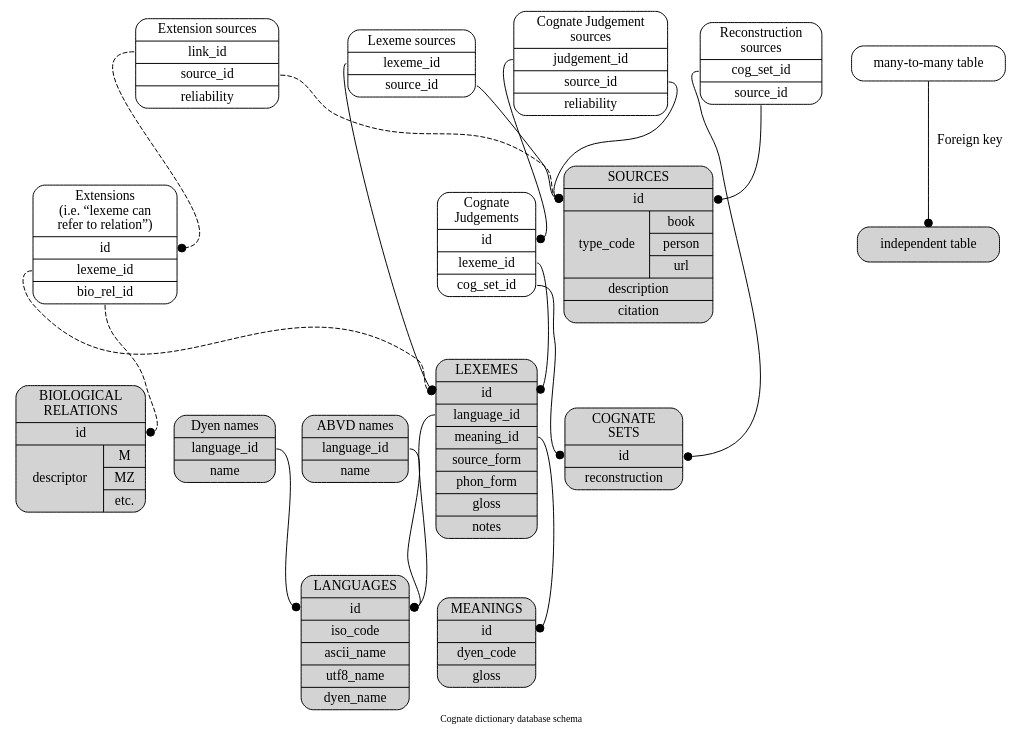
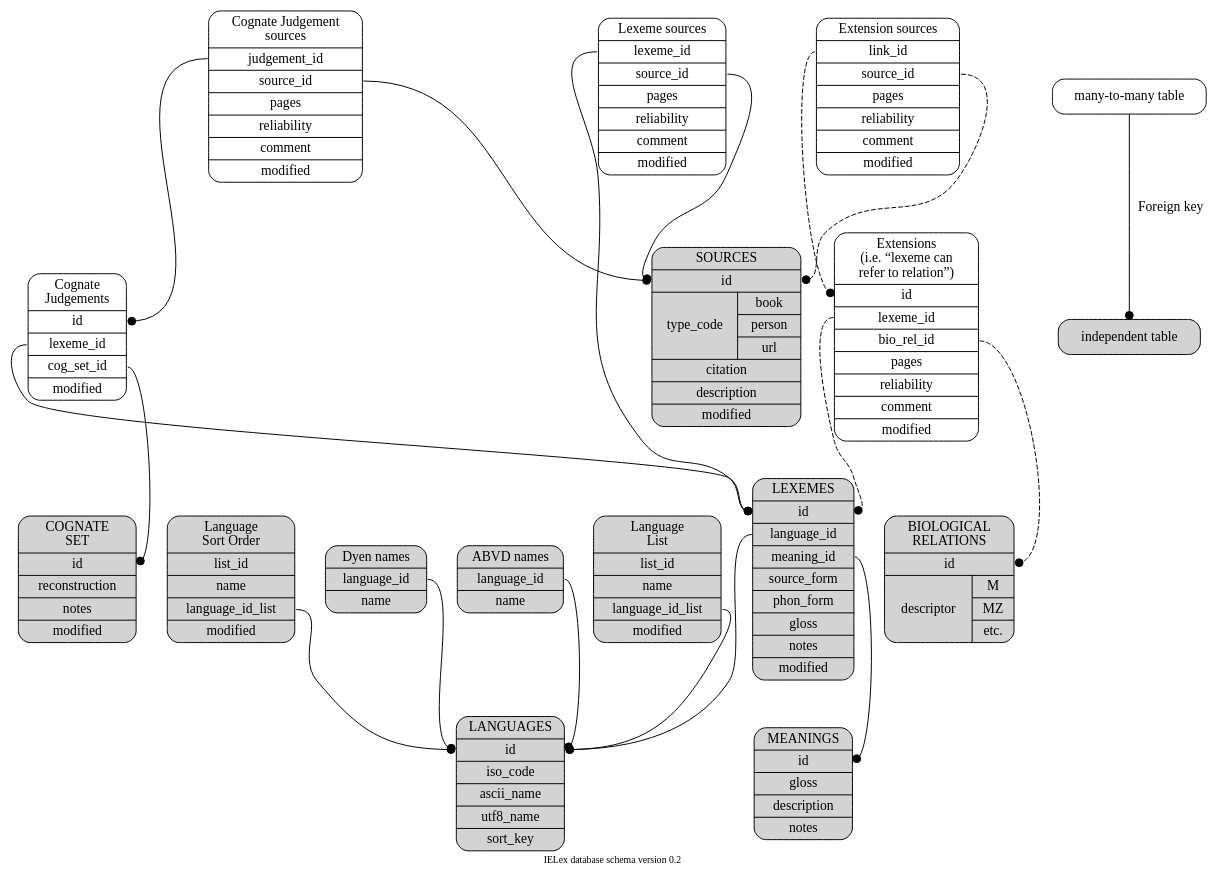
One commit to lingdb/CoBL-public changed the diagram in database_structure.dot. Above: the diagram before and after it, drawn with Graphviz. The commit also changed 3 other files, not shown here.

```diff
--- a/database_structure.dot
+++ b/database_structure.dot
@@ -1,76 +1,82 @@
 digraph g { // neato -Tpdf -O database_structure.dot
   ordering=out;
   fontsize=10;
   overlap=scale;
   splines=true;
   sep=0.2;
   ratio=0.7;
-  label="Cognate dictionary database schema";
+  label="IELex database schema version 0.2";
   node [shape=Mrecord];
   edge [arrowhead=dot];
 
   lexeme [pos="2,3!",style=filled,
-	label="{LEXEMES |<id> id |<lid> language_id |<mid> meaning_id | source_form | phon_form | gloss | notes }"];
+	label="{LEXEMES |<id> id |<lid> language_id |<mid> meaning_id | source_form | phon_form | gloss | notes | modified }"];
   source [pos="7,3!",style=filled,
-	label="{SOURCES |<id> id |{type_code |{book | person | url}}| description | citation }"];
+	label="{SOURCES |<id> id |{type_code |{book | person | url}}|  citation | description | modified }"];
   meaning [pos="1,2!",style=filled,
-	label="{MEANINGS |<id> id | dyen_code | gloss }"];
+	label="{MEANINGS |<id> id | gloss | description |notes }"];
   language [pos="1,4!",style=filled,
-	label="{LANGUAGES |<id> id | iso_code | ascii_name | utf8_name | dyen_name}"];
+	label="{LANGUAGES |<id> id | iso_code | ascii_name | utf8_name | sort_key }"];
   cogset [pos="4,4!",style=filled,
-	label="{COGNATE\nSETS |<id> id | reconstruction}"];
+	label="{COGNATE\nSET |<id> id | reconstruction | notes | modified }"];
   biological [pos="4,1!",style=filled,
 	label="{BIOLOGICAL\nRELATIONS | <id> id |{descriptor |{M | MZ | etc.}}}"];
-  dyen_name [pos="0,4.5!",style=filled,
+  dyen_name [pos="0,5!",style=filled,
 	label="{Dyen names |<lid> language_id | name}"];
-  abvd_name [pos="0,3.5!",style=filled,
+  abvd_name [pos="0,4!",style=filled,
 	label="{ABVD names |<lid> language_id | name}"];
+  language_list [pos="0,3!", style=filled,
+	label="{Language\nList | list_id | name |<lid> language_id_list | modified }"];
+  sort_order [pos="0,2!", style=filled,
+	label="{Language\nSort Order | list_id | name |<lid> language_id_list | modified }"];
   key1 [pos="0,1!", label="independent table", style=filled];
   key2 [pos="2,1!", label="many-to-many table"];
   key2 -> key1 [label="Foreign key"];
 
   // Many to many tables
   judgement [pos="3,4.5!",
-	label="{Cognate\nJudgements |<id> id |<fid> lexeme_id |<cid> cog_set_id}"];
+	label="{Cognate\nJudgements |<id> id |<fid> lexeme_id |<cid> cog_set_id | modified }"];
   formsource [pos="5,3!",
-	label="{Lexeme sources |<fid> lexeme_id |<sid> source_id}"];
+	label="{Lexeme sources |<fid> lexeme_id |<sid> source_id | pages | reliability | comment | modified }"];
   judgesource [pos="5,5!",
-	label="{Cognate Judgement\nsources |<jid> judgement_id |<sid> source_id | reliability}"];
-  cogsource [pos="5,4!",
-	label="{Reconstruction\n sources |<cid> cog_set_id |<sid> source_id}"];
+	label="{Cognate Judgement\nsources |<jid> judgement_id |<sid> source_id | pages | reliability | comment | modified }"];
+  // cogsource [pos="5,4!",
+  //	label="{Reconstruction\n sources |<cid> cog_set_id |<sid> source_id}"];
   formbio [pos="3,2!",
-	label="{Extensions\n(i.e. “lexeme can\n  refer to relation”) |<id> id |<fid> lexeme_id |<bid> bio_rel_id}"];
+	label="{Extensions\n(i.e. “lexeme can\n  refer to relation”) |<id> id |<fid> lexeme_id |<bid> bio_rel_id | pages | reliability | comment | modified }"];
   biosource [pos="5,2!",
-	label="{Extension sources |<lid> link_id |<sid> source_id | reliability}"];
+	label="{Extension sources |<lid> link_id |<sid> source_id | pages | reliability | comment | modified }"];
 
   // meaning [pos="1,1!"];	
   // language [pos="1,2!"];
   // lexeme [pos="2,1.5!"];
   // formsource [pos="4,1!"];
   // judgesource [pos="4.5,2.5!"];
   // cogsource [pos="5,1.5!"];
   // source [pos="6,1.5!"];
   // cogset [pos="4,1.5!"];
   // judgement [pos="3,2!"];
   // biological [pos="4,0!"];
   // formbio [pos="3,0.5!"];
 
   judgement:fid -> lexeme:id [weight=8]; 
   judgement:cid -> cogset:id [weight=8];
   formsource:fid -> lexeme:id;
   formsource:sid -> source:id;
   judgesource:jid -> judgement:id;
   judgesource:sid -> source:id;
-  cogsource:cid -> cogset:id;
-  cogsource:sid -> source:id;
+  // cogsource:cid -> cogset:id;
+  // cogsource:sid -> source:id;
   lexeme:lid -> language:id;
   lexeme:mid -> meaning:id;
 
   formbio:fid -> lexeme:id [style=dashed];
   formbio:bid -> biological:id [style=dashed];
   biosource:lid -> formbio:id [style=dashed];
   biosource:sid -> source:id [style=dashed];
 
   dyen_name:lid -> language:id;
   abvd_name:lid -> language:id;
+  language_list:lid -> language:id;
+  sort_order:lid -> language:id;
 }
```
